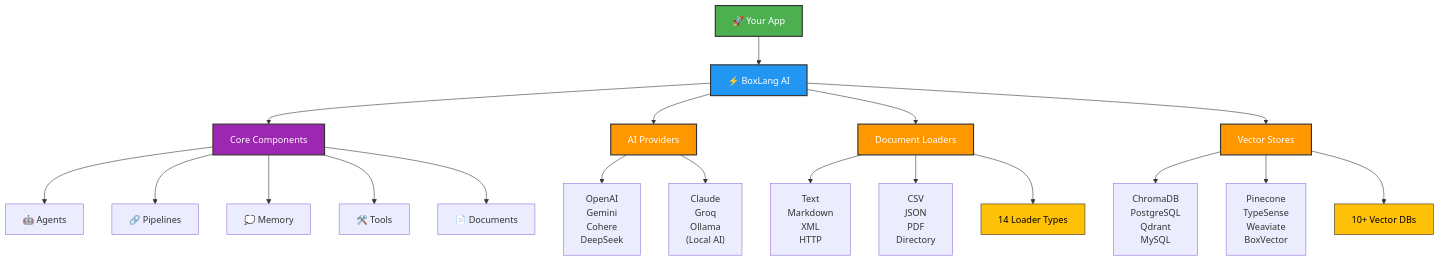
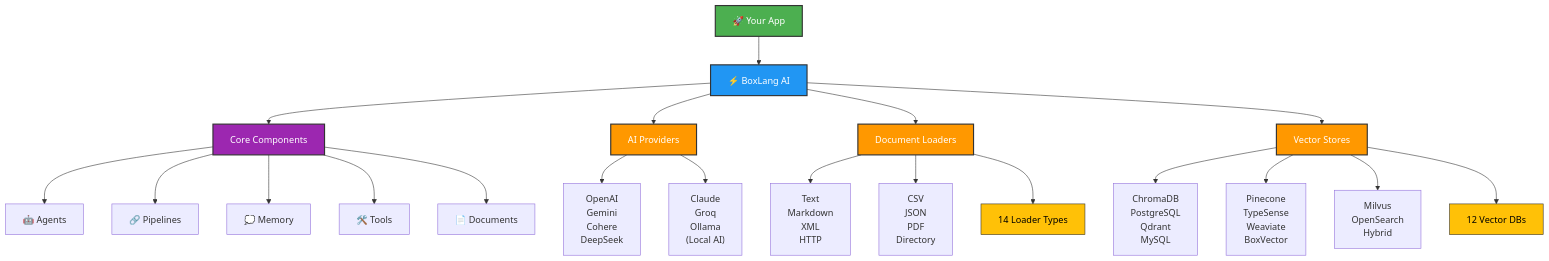
Before and after one commit to ortus-boxlang/bx-ai-docs: the diagram in README.md, drawn with Mermaid. The commit also changed other lines of this file and 6 other files, not shown here.

Commit message:
open Search added

````diff
--- a/README.md
+++ b/README.md
@@ -18,37 +18,38 @@
 ```mermaid
 graph TB
     App["🚀 Your App"]
 
     App --> Module["⚡ BoxLang AI"]
 
     Module --> Components["Core Components"]
     Components --> Agents["🤖 Agents"]
     Components --> Pipelines["🔗 Pipelines"]
     Components --> Memory["💭 Memory"]
     Components --> Tools["🛠️ Tools"]
     Components --> Documents["📄 Documents"]
 
     Module --> Providers["AI Providers"]
     Module --> Loaders["Document Loaders"]
     Module --> Vectors["Vector Stores"]
 
     Providers --> OpenAI["OpenAI<br/>Gemini<br/>Cohere<br/>DeepSeek"]
     Providers --> Claude["Claude<br/>Groq<br/>Ollama<br/>(Local AI)"]
 
     Loaders --> LoaderSet1["Text<br/>Markdown<br/>XML<br/>HTTP"]
     Loaders --> LoaderSet2["CSV<br/>JSON<br/>PDF<br/>Directory"]
     Loaders --> LoaderNote["14 Loader Types"]
 
     Vectors --> VectorSet1["ChromaDB<br/>PostgreSQL<br/>Qdrant<br/>MySQL"]
     Vectors --> VectorSet2["Pinecone<br/>TypeSense<br/>Weaviate<br/>BoxVector"]
-    Vectors --> VectorNote["10+ Vector DBs"]
+    Vectors --> VectorSet3["Milvus<br/>OpenSearch<br/>Hybrid"]
+    Vectors --> VectorNote["12 Vector DBs"]
 
     style App fill:#4CAF50,stroke:#333,stroke-width:2px,color:#fff
     style Module fill:#2196F3,stroke:#333,stroke-width:2px,color:#fff
     style Components fill:#9C27B0,stroke:#333,stroke-width:2px,color:#fff
     style Providers fill:#FF9800,stroke:#333,stroke-width:2px,color:#fff
     style Loaders fill:#FF9800,stroke:#333,stroke-width:2px,color:#fff
     style Vectors fill:#FF9800,stroke:#333,stroke-width:2px,color:#fff
     style LoaderNote fill:#FFC107,stroke:#333,stroke-width:1px,color:#000
     style VectorNote fill:#FFC107,stroke:#333,stroke-width:1px,color:#000
 ```
````
